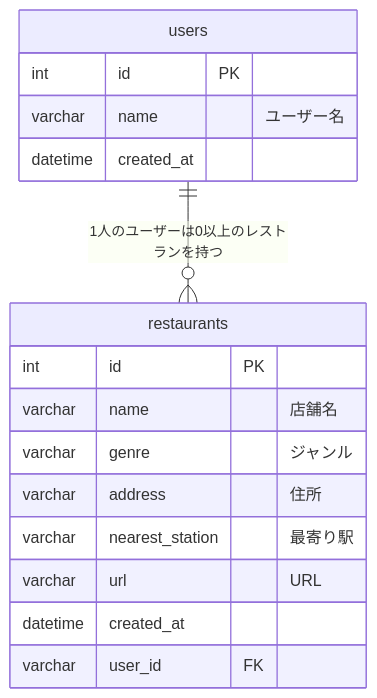
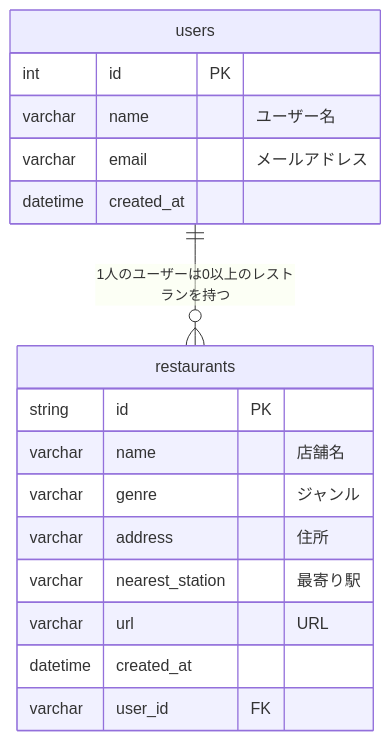
One commit to taga3s/pecopeco changed the diagram in docs/db/mermaid.md. Above: the diagram before and after it, drawn with Mermaid. The commit also changed 3 other files, not shown here.

````diff
--- a/docs/db/mermaid.md
+++ b/docs/db/mermaid.md
@@ -1,19 +1,20 @@
 ```mermaid
 erDiagram
   users {
     int id PK
     varchar name "ユーザー名"
+    varchar email "メールアドレス"
     datetime created_at
   }
   restaurants {
-    int id PK
+    string id PK
     varchar name "店舗名"
     varchar genre "ジャンル"
     varchar address "住所"
     varchar nearest_station "最寄り駅"
     varchar url  "URL"
     datetime created_at
     varchar user_id FK
   }
   users ||--o{ restaurants : "1人のユーザーは0以上のレストランを持つ"
 ```
````
